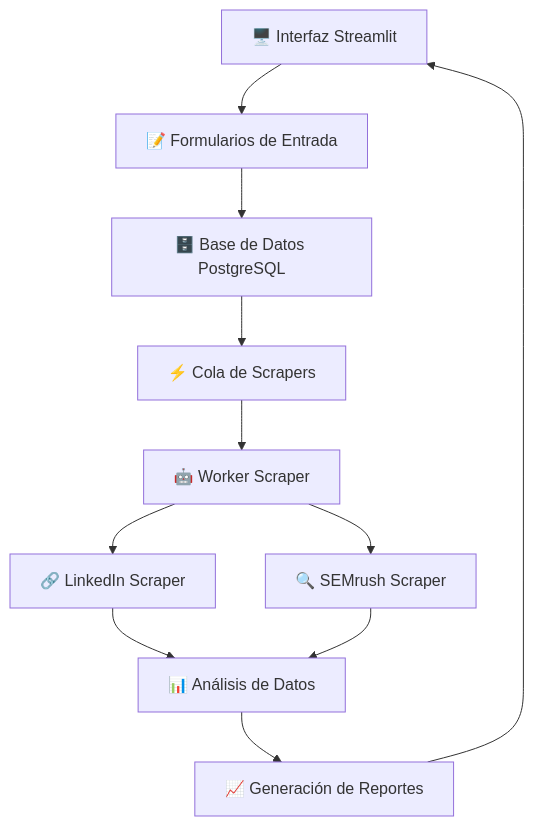
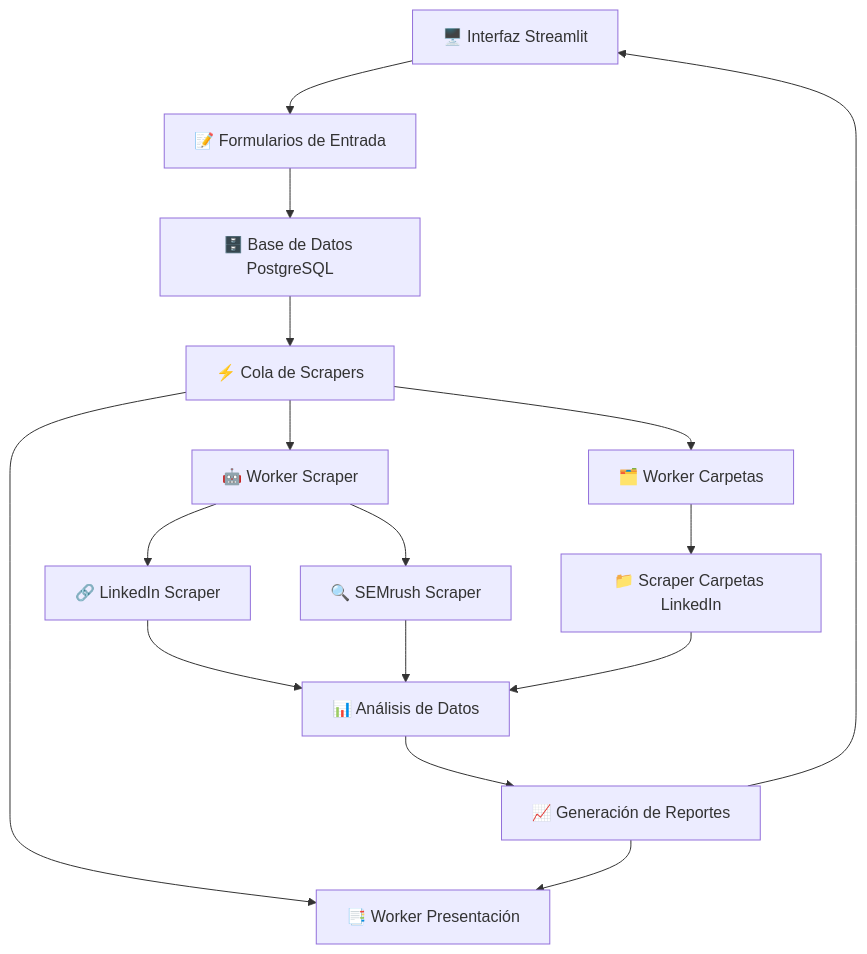
Before and after one commit to JairAlexey/Estudio-Tendencia: the diagram in README.md, drawn with Mermaid. The commit also changed other lines of this file, not shown here.

Commit message:
Actualizar README para documentar arquitectura de Workers y Scrapers (diagrama, secciones, componentes y estructura del proyecto)

````diff
--- a/README.md
+++ b/README.md
@@ -48,13 +48,18 @@
 ```mermaid
 graph TB
     A[🖥️ Interfaz Streamlit] --> B[📝 Formularios de Entrada]
     B --> C[🗄️ Base de Datos PostgreSQL]
     C --> D[⚡ Cola de Scrapers]
     D --> E[🤖 Worker Scraper]
-    E --> F[🔗 LinkedIn Scraper]
-    E --> G[🔍 SEMrush Scraper]
-    F --> H[📊 Análisis de Datos]
-    G --> H
-    H --> I[📈 Generación de Reportes]
-    I --> A
+    D --> F[🗂️ Worker Carpetas]
+    D --> G[📑 Worker Presentación]
+    E --> H[🔗 LinkedIn Scraper]
+    E --> I[🔍 SEMrush Scraper]
+    F --> J[📁 Scraper Carpetas LinkedIn]
+    H --> K[📊 Análisis de Datos]
+    I --> K
+    J --> K
+    K --> L[📈 Generación de Reportes]
+    L --> G
+    L --> A
 ```
````
